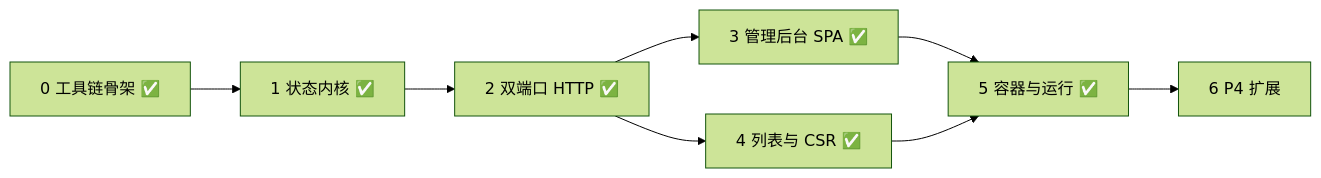
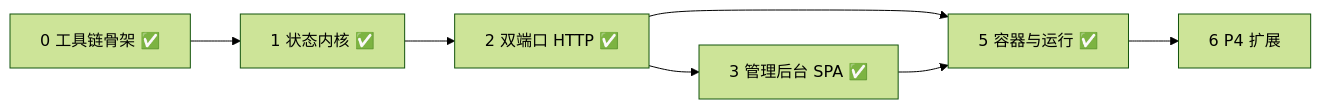
The diagram in plan/README.md (webmonitor/mocksite), drawn with Mermaid (forest theme) before and after one commit. The commit also changed other lines of this file and 68 other files, not shown here.

````diff
--- a/plan/README.md
+++ b/plan/README.md
@@ -11,10 +11,9 @@
 ```mermaid
 graph LR
   S0[0 工具链骨架 ✅] --> S1[1 状态内核 ✅]
   S1 --> S2[2 双端口 HTTP ✅]
   S2 --> S3[3 管理后台 SPA ✅]
-  S2 --> S4[4 列表与 CSR ✅]
-  S3 --> S5[5 容器与运行 ✅]
-  S4 --> S5
+  S2 --> S5[5 容器与运行 ✅]
+  S3 --> S5
   S5 --> S6[6 P4 扩展]
 ```
````
